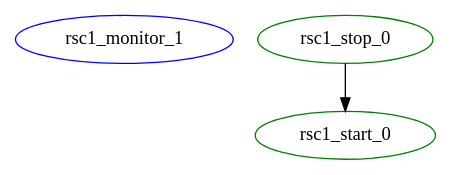
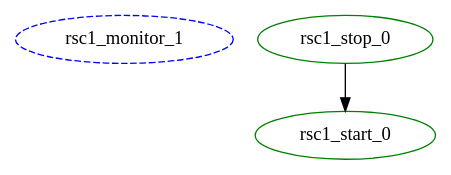
The diagram in crm/pengine/testcases/rec-rsc-2.dot (richiewen8/heartbeat), drawn with Graphviz before and after one commit. The commit also changed 91 other files, not shown here.

```diff
--- a/crm/pengine/testcases/rec-rsc-2.dot
+++ b/crm/pengine/testcases/rec-rsc-2.dot
@@ -1,7 +1,7 @@
 digraph "g" {
 	size = "30,30"
-"rsc1_monitor_1" [ color="blue" ]
-"rsc1_stop_0" [ color="green" ]
-"rsc1_start_0" [ color="green" ]
+"rsc1_monitor_1" [ style="dashed" color="blue" fontcolor="black" ]
+"rsc1_stop_0" [ tooltip="node1" color="green" fontcolor="black" ]
+"rsc1_start_0" [ tooltip="node1" color="green" fontcolor="black" ]
 "rsc1_stop_0" -> "rsc1_start_0"
 }
```
